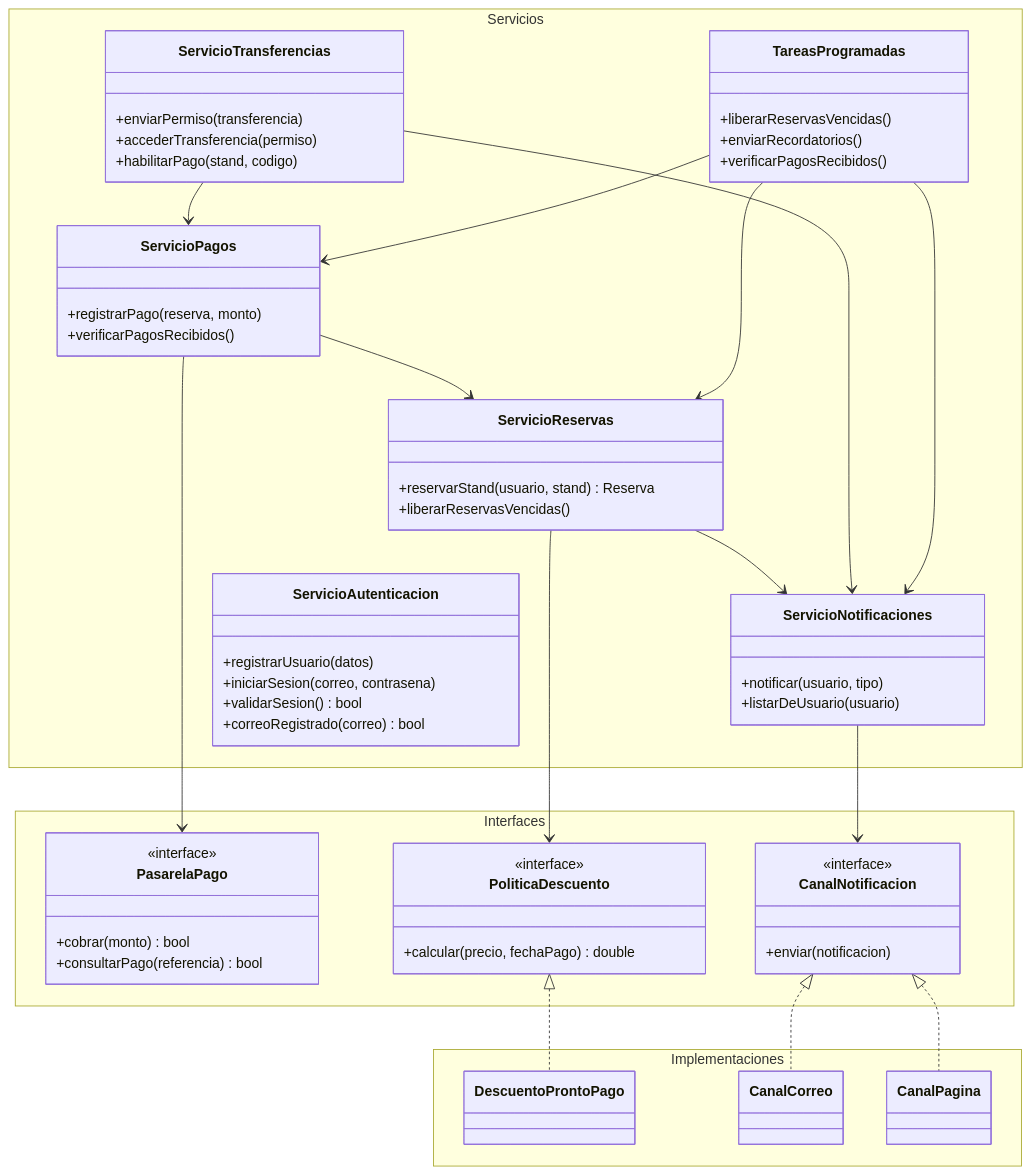
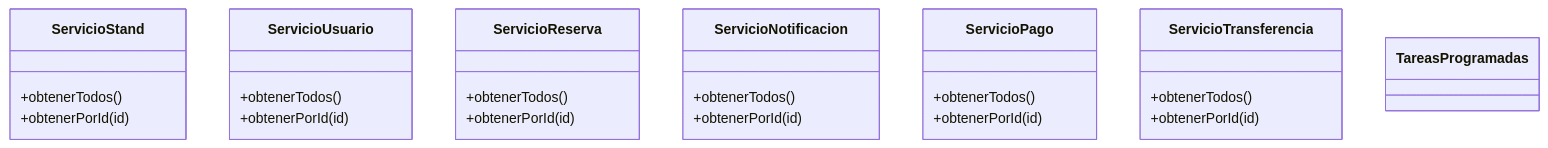
Before and after one commit to Javtamata145/StandsFiley-POO: the second of 9 diagrams in Stands-Filey/DiagramaClases/DiagramaClases.md, drawn with Mermaid. The commit also changed other lines of this file and 64 other files, not shown here.

````diff
--- a/Stands-Filey/DiagramaClases/DiagramaClases.md
+++ b/Stands-Filey/DiagramaClases/DiagramaClases.md
@@ -133,67 +141,38 @@
 ```mermaid
 classDiagram
 direction TB
-namespace Servicios {
-  class TareasProgramadas {
-    +liberarReservasVencidas()
-    +enviarRecordatorios()
-    +verificarPagosRecibidos()
-  }
-  class ServicioTransferencias {
-    +enviarPermiso(transferencia)
-    +accederTransferencia(permiso)
-    +habilitarPago(stand, codigo)
-  }
-  class ServicioPagos {
-    +registrarPago(reserva, monto)
-    +verificarPagosRecibidos()
-  }
-  class ServicioReservas {
-    +reservarStand(usuario, stand) Reserva
-    +liberarReservasVencidas()
-  }
-  class ServicioNotificaciones {
-    +notificar(usuario, tipo)
-    +listarDeUsuario(usuario)
-  }
-  class ServicioAutenticacion {
-    +registrarUsuario(datos)
-    +iniciarSesion(correo, contrasena)
-    +validarSesion() bool
-    +correoRegistrado(correo) bool
-  }
+
+class ServicioStand {
+  +obtenerTodos()
+  +obtenerPorId(id)
 }
-namespace Interfaces {
-  class PasarelaPago {
-    <<interface>>
-    +cobrar(monto) bool
-    +consultarPago(referencia) bool
-  }
-  class PoliticaDescuento {
-    <<interface>>
-    +calcular(precio, fechaPago) double
-  }
-  class CanalNotificacion {
-    <<interface>>
-    +enviar(notificacion)
-  }
+
+class ServicioUsuario {
+  +obtenerTodos()
+  +obtenerPorId(id)
 }
-namespace Implementaciones {
-  class DescuentoProntoPago
-  class CanalCorreo
-  class CanalPagina
+
+class ServicioReserva {
+  +obtenerTodos()
+  +obtenerPorId(id)
 }
-TareasProgramadas --> ServicioPagos
-TareasProgramadas --> ServicioReservas
-TareasProgramadas --> ServicioNotificaciones
-ServicioTransferencias --> ServicioPagos
-ServicioTransferencias --> ServicioNotificaciones
-ServicioPagos --> ServicioReservas
-ServicioReservas --> ServicioNotificaciones
-ServicioPagos --> PasarelaPago
-ServicioReservas --> PoliticaDescuento
-ServicioNotificaciones --> CanalNotificacion
-PoliticaDescuento <|.. DescuentoProntoPago
-CanalNotificacion <|.. CanalCorreo
-CanalNotificacion <|.. CanalPagina
+
+class ServicioNotificacion {
+  +obtenerTodos()
+  +obtenerPorId(id)
+}
+
+class ServicioPago {
+  +obtenerTodos()
+  +obtenerPorId(id)
+}
+
+class ServicioTransferencia {
+  +obtenerTodos()
+  +obtenerPorId(id)
+}
+
+class TareasProgramadas {
+}
+
 ```
````
